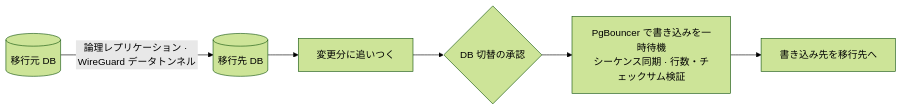
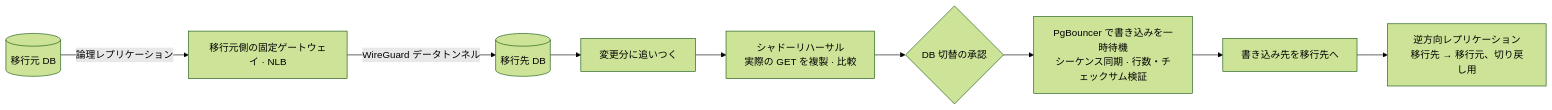
The seventh of 9 diagrams in README.ja.md (SoftBank-Hackathon-2026-Team-Jackal/cloud-migration-platform), drawn with Mermaid (forest theme) before and after one commit. The commit also changed other lines of this file and 2 other files, not shown here.

````diff
--- a/README.ja.md
+++ b/README.ja.md
@@ -170,8 +201,11 @@
 ```mermaid
 flowchart LR
-  SRC[(移行元 DB)] -->|論理レプリケーション · WireGuard データトンネル| TGT[(移行先 DB)]
+  SRC[(移行元 DB)] -->|論理レプリケーション| GW[移行元側の固定ゲートウェイ · NLB]
+  GW -->|WireGuard データトンネル| TGT[(移行先 DB)]
   TGT --> ST[変更分に追いつく]
-  ST --> AP{DB 切替の承認}
+  ST --> SH[シャドーリハーサル<br/>実際の GET を複製 · 比較]
+  SH --> AP{DB 切替の承認}
   AP --> PB[PgBouncer で書き込みを一時待機<br/>シーケンス同期 · 行数・チェックサム検証]
   PB --> SW[書き込み先を移行先へ]
+  SW --> RV[逆方向レプリケーション<br/>移行先 → 移行元、切り戻し用]
 ```
````
